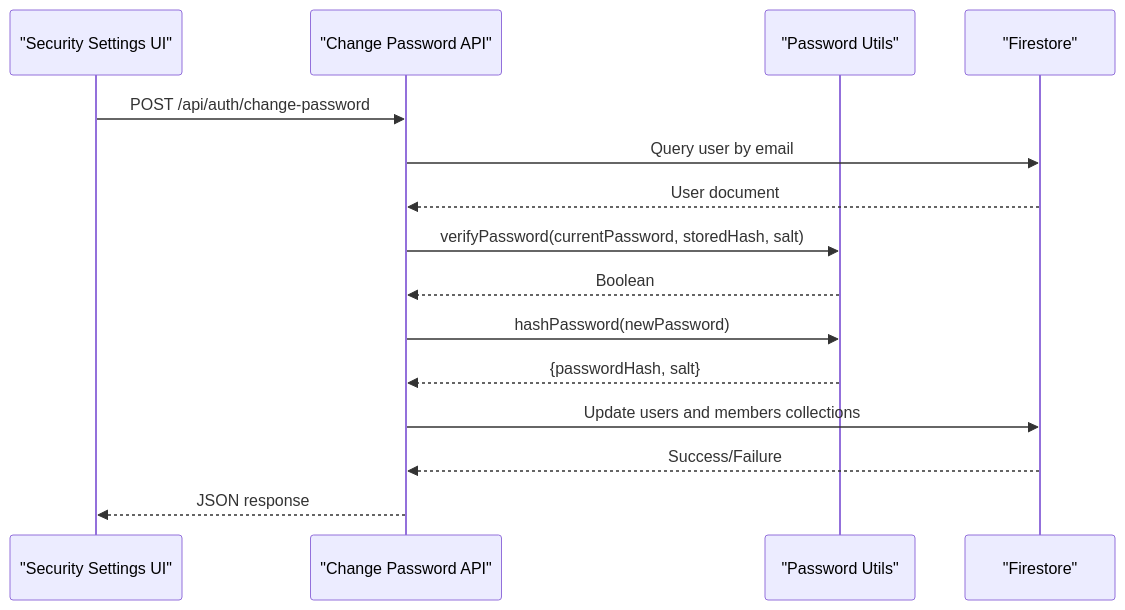
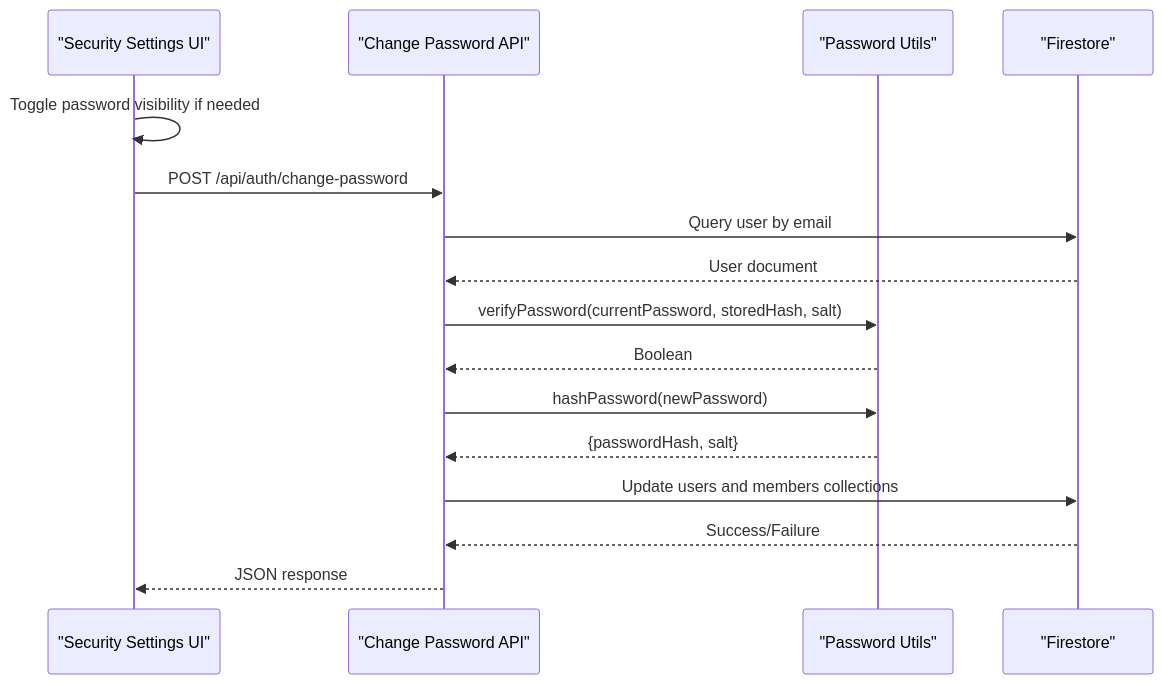
Before and after one commit to Unsure-bry/sampacoop_system: the seventh of 10 diagrams in .qoder/repowiki/en/content/Authentication & Authorization System/Password Security & Management.md, drawn with Mermaid. The commit also changed other lines of this file and 1 other file, not shown here.

Commit message:
addition for eye icon on the set up password to user

````diff
--- a/.qoder/repowiki/en/content/Authentication & Authorization System/Password Security & Management.md
+++ b/.qoder/repowiki/en/content/Authentication & Authorization System/Password Security & Management.md
@@ -201,17 +279,18 @@
 ```mermaid
 sequenceDiagram
 participant UI as "Security Settings UI"
 participant API as "Change Password API"
 participant PU as "Password Utils"
 participant DB as "Firestore"
+UI->>UI : Toggle password visibility if needed
 UI->>API : POST /api/auth/change-password
 API->>DB : Query user by email
 DB-->>API : User document
 API->>PU : verifyPassword(currentPassword, storedHash, salt)
 PU-->>API : Boolean
 API->>PU : hashPassword(newPassword)
 PU-->>API : {passwordHash, salt}
 API->>DB : Update users and members collections
 DB-->>API : Success/Failure
 API-->>UI : JSON response
 ```
````
